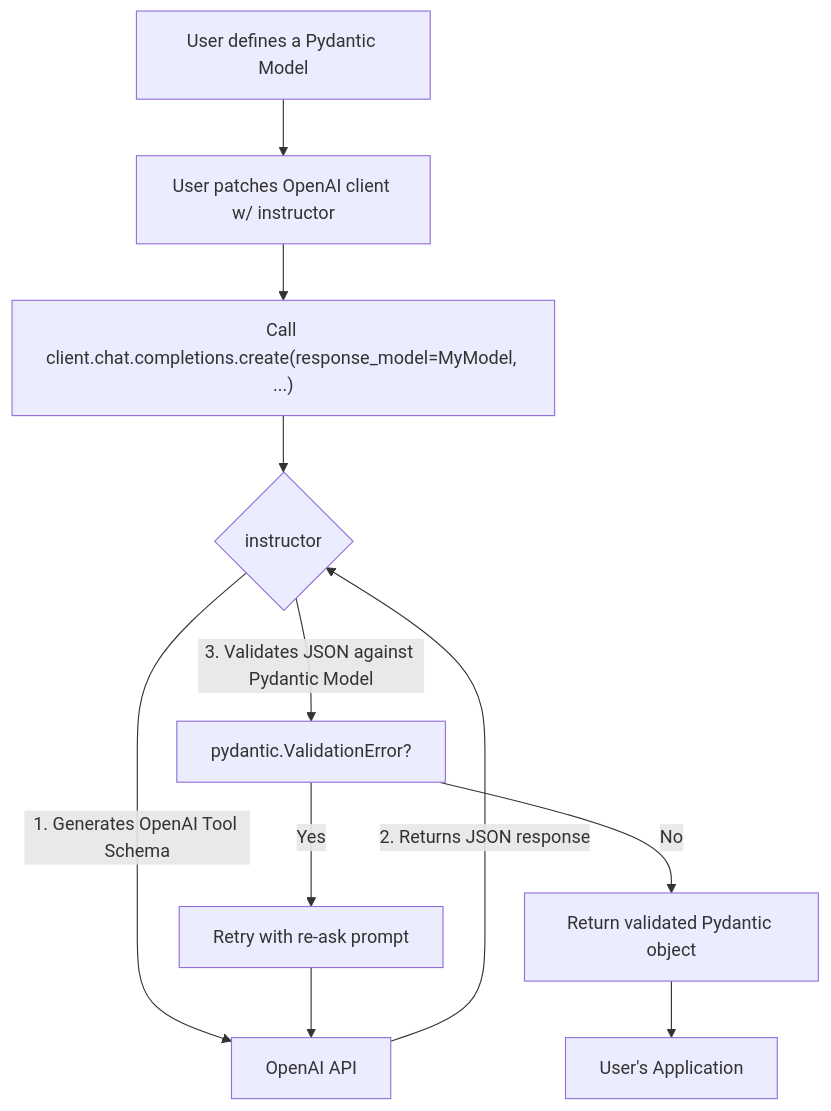
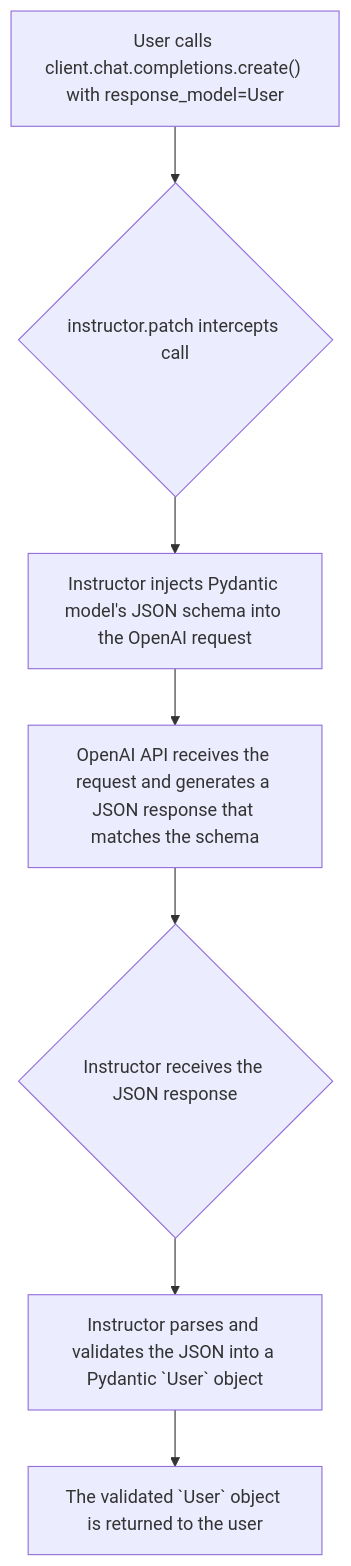
The diagram in data/deep_agent/sub_agents_tutorials/01_getting_started/01_getting_started.md (borailci/smolagents-quickstart-template), drawn with Mermaid before and after one commit. The commit also changed other lines of this file and 122 other files, not shown here.

````diff
--- a/data/deep_agent/sub_agents_tutorials/01_getting_started/01_getting_started.md
+++ b/data/deep_agent/sub_agents_tutorials/01_getting_started/01_getting_started.md
@@ -29,13 +26,9 @@
 ```mermaid
 graph TD
-    A["User defines a Pydantic Model"] --> B;
-    B["User patches OpenAI client w/ instructor"] --> C;
-    C["Call client.chat.completions.create(response_model=MyModel, ...)"] --> D{instructor};
-    D --> |1. Generates OpenAI Tool Schema| E[OpenAI API];
-    E --> |2. Returns JSON response| D;
-    D --> |3. Validates JSON against Pydantic Model| F["pydantic.ValidationError?"];
-    F -- "No" --> G["Return validated Pydantic object"];
-    F -- "Yes" --> H["Retry with re-ask prompt"];
-    H --> E;
-    G --> I["User's Application"];
+    A["User calls client.chat.completions.create() with response_model=User"] --> B{"instructor.patch intercepts call"};
+    B --> C["Instructor injects Pydantic model's JSON schema into the OpenAI request"];
+    C --> D["OpenAI API receives the request and generates a JSON response that matches the schema"];
+    D --> E{"Instructor receives the JSON response"};
+    E --> F["Instructor parses and validates the JSON into a Pydantic `User` object"];
+    F --> G["The validated `User` object is returned to the user"];
 ```
````
